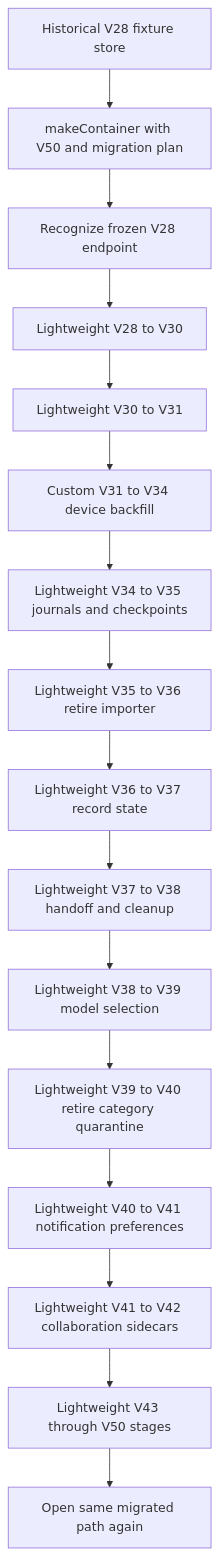
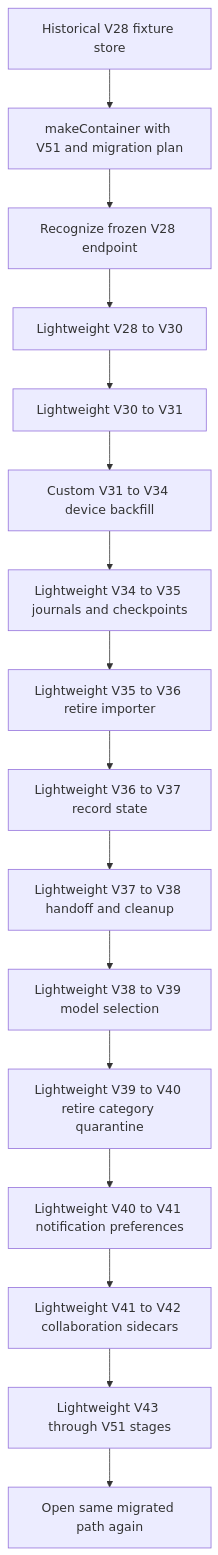
Before and after one commit to AkinoKaede/Termind: the second of 4 diagrams in openwiki/concepts/persistence-and-secrets.md, drawn with Mermaid. The commit also changed other lines of this file and 69 other files, not shown here.

````diff
--- a/openwiki/concepts/persistence-and-secrets.md
+++ b/openwiki/concepts/persistence-and-secrets.md
@@ -212,18 +218,18 @@
 ```mermaid
 flowchart TD
-    Fixture["Historical V28 fixture store"] --> Factory["makeContainer with V50 and migration plan"]
+    Fixture["Historical V28 fixture store"] --> Factory["makeContainer with V51 and migration plan"]
     Factory --> V28["Recognize frozen V28 endpoint"]
     V28 --> V30["Lightweight V28 to V30"]
     V30 --> V31["Lightweight V30 to V31"]
     V31 --> V34["Custom V31 to V34 device backfill"]
     V34 --> V35["Lightweight V34 to V35 journals and checkpoints"]
     V35 --> V36["Lightweight V35 to V36 retire importer"]
     V36 --> V37["Lightweight V36 to V37 record state"]
     V37 --> V38["Lightweight V37 to V38 handoff and cleanup"]
     V38 --> V39["Lightweight V38 to V39 model selection"]
     V39 --> V40["Lightweight V39 to V40 retire category quarantine"]
     V40 --> V41["Lightweight V40 to V41 notification preferences"]
     V41 --> V42["Lightweight V41 to V42 collaboration sidecars"]
-    V42 --> V46["Lightweight V43 through V50 stages"]
+    V42 --> V46["Lightweight V43 through V51 stages"]
     V46 --> Reopen["Open same migrated path again"]
 ```
````
